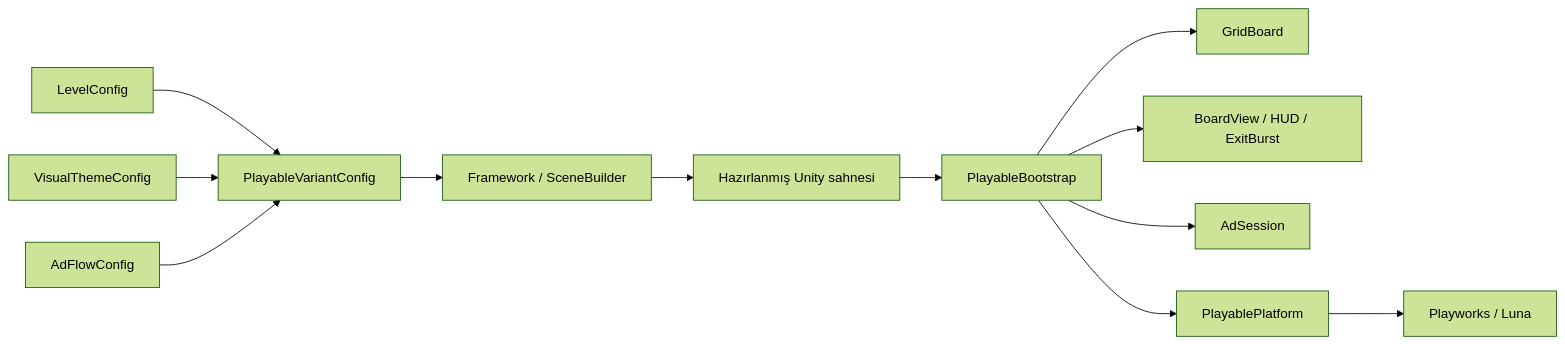
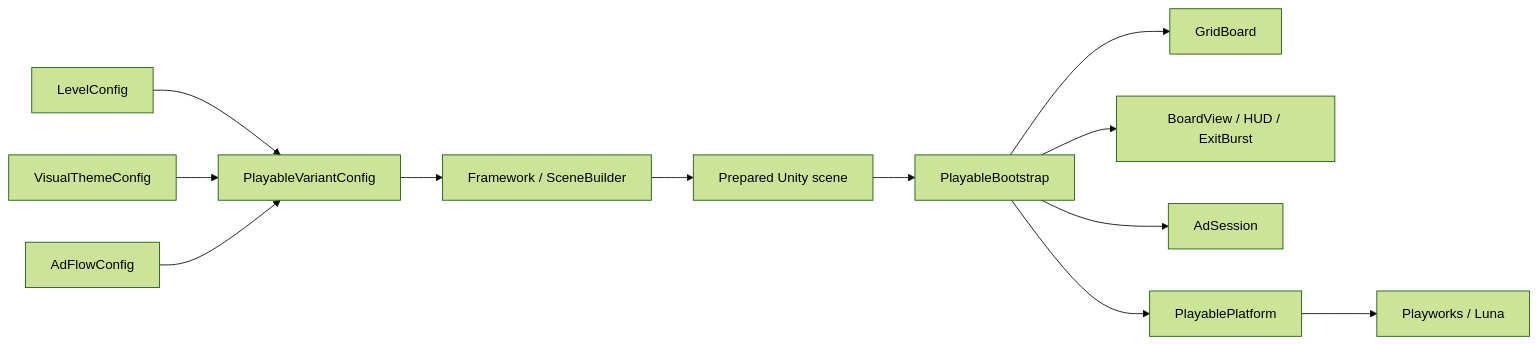
The diagram in README.md (emirhancoban35/color-block-playable-ad), drawn with Mermaid (forest theme) before and after one commit. The commit also changed other lines of this file, not shown here.

````diff
--- a/README.md
+++ b/README.md
@@ -169,14 +166,14 @@
 ```mermaid
 flowchart LR
     L[LevelConfig] --> V[PlayableVariantConfig]
     T[VisualThemeConfig] --> V
     F[AdFlowConfig] --> V
     V --> E[Framework / SceneBuilder]
-    E --> S[Hazırlanmış Unity sahnesi]
+    E --> S[Prepared Unity scene]
     S --> B[PlayableBootstrap]
     B --> G[GridBoard]
     B --> W[BoardView / HUD / ExitBurst]
     B --> A[AdSession]
     B --> P[PlayablePlatform]
     P --> SDK[Playworks / Luna]
 ```
````
